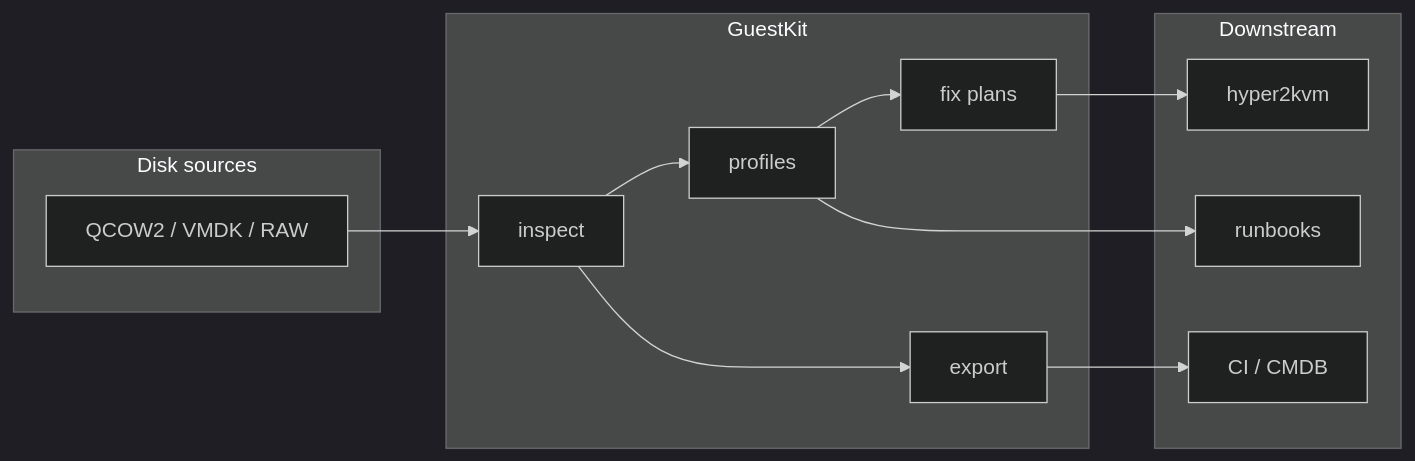
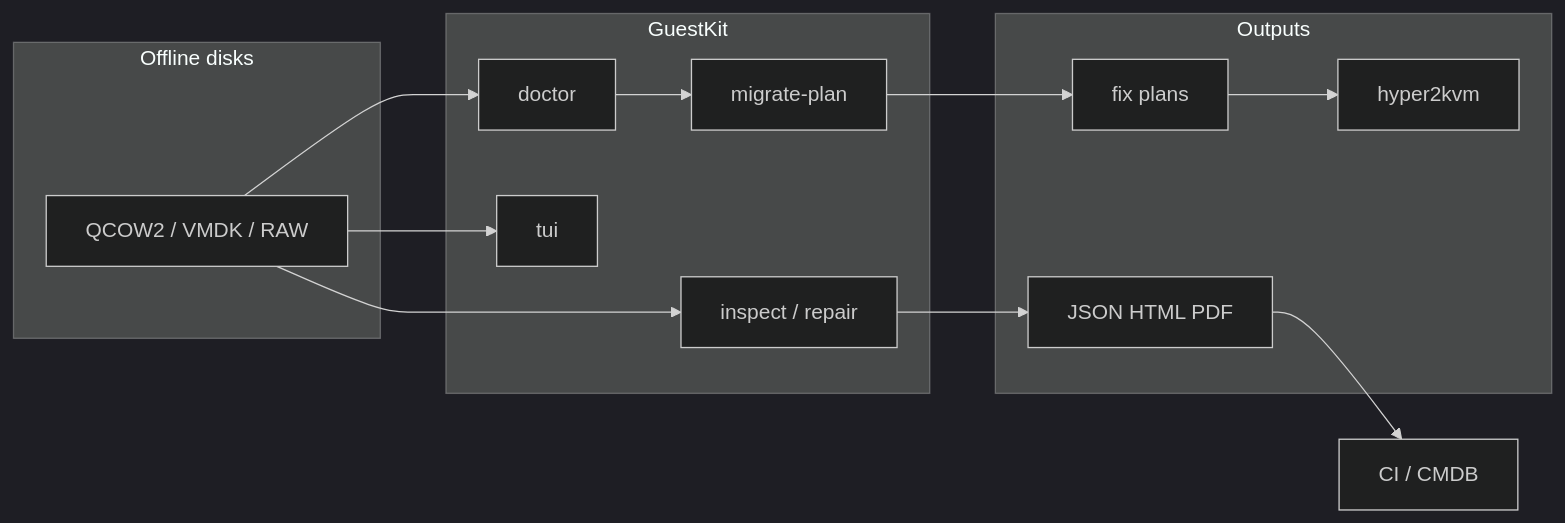
Before and after one commit to hypersdk/guestkit: the diagram in README.md, drawn with Mermaid (dark theme). The commit also changed other lines of this file and 12 other files, not shown here.

````diff
--- a/README.md
+++ b/README.md
@@ -158,23 +132,22 @@
 ```mermaid
 flowchart LR
-  subgraph sources [Disk sources]
-    QCOW[QCOW2 / VMDK / RAW]
+  subgraph disks [Offline disks]
+    IMG[QCOW2 / VMDK / RAW]
   end
-  subgraph guestkit [GuestKit]
-    INS[inspect]
-    PRF[profiles]
+  subgraph gk [GuestKit]
+    DOC[doctor]
+    MIG[migrate-plan]
+    INS[inspect / repair]
+    TUI[tui]
+  end
+  subgraph out [Outputs]
     PLN[fix plans]
-    EXP[export]
+    RPT[JSON HTML PDF]
+    H2K[hyper2kvm]
   end
-  subgraph downstream [Downstream]
-    H2K[hyper2kvm]
-    CI[CI / CMDB]
-    OPS[runbooks]
-  end
-  QCOW --> INS
-  INS --> PRF --> PLN
-  INS --> EXP
+  IMG --> DOC --> MIG --> PLN
+  IMG --> INS --> RPT
+  IMG --> TUI
   PLN --> H2K
-  EXP --> CI
-  PRF --> OPS
+  RPT --> CI[CI / CMDB]
 ```
````
